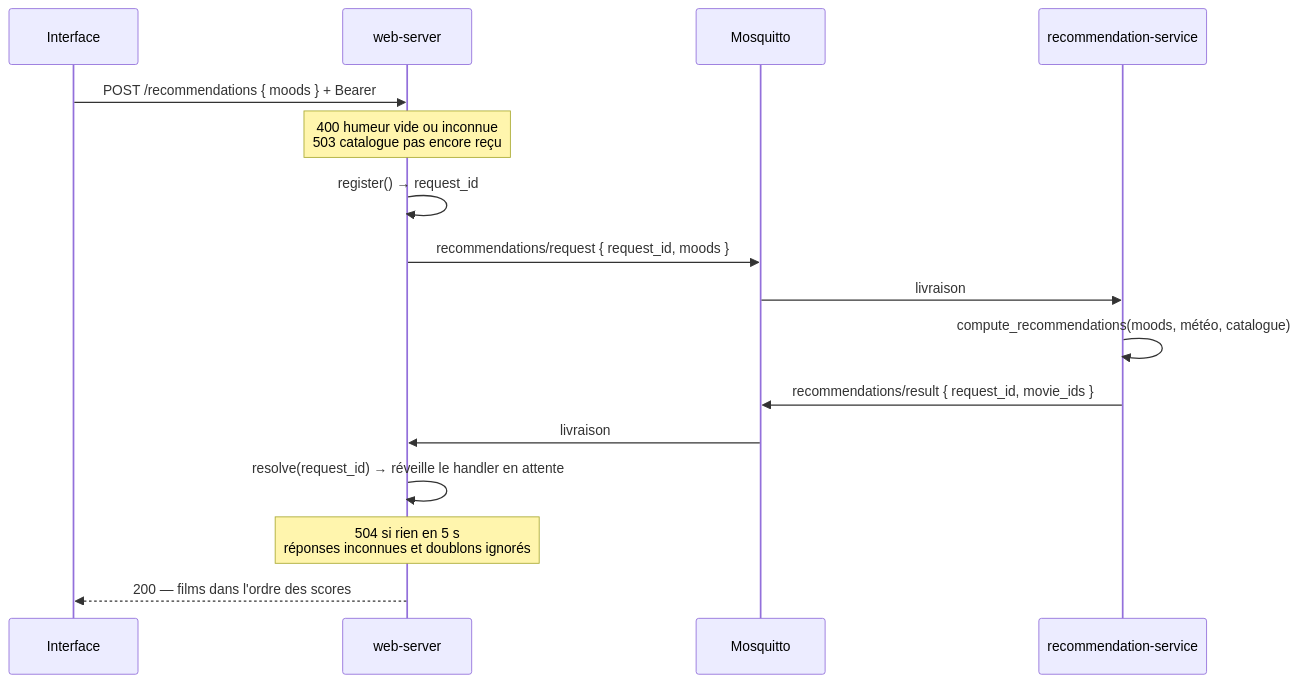
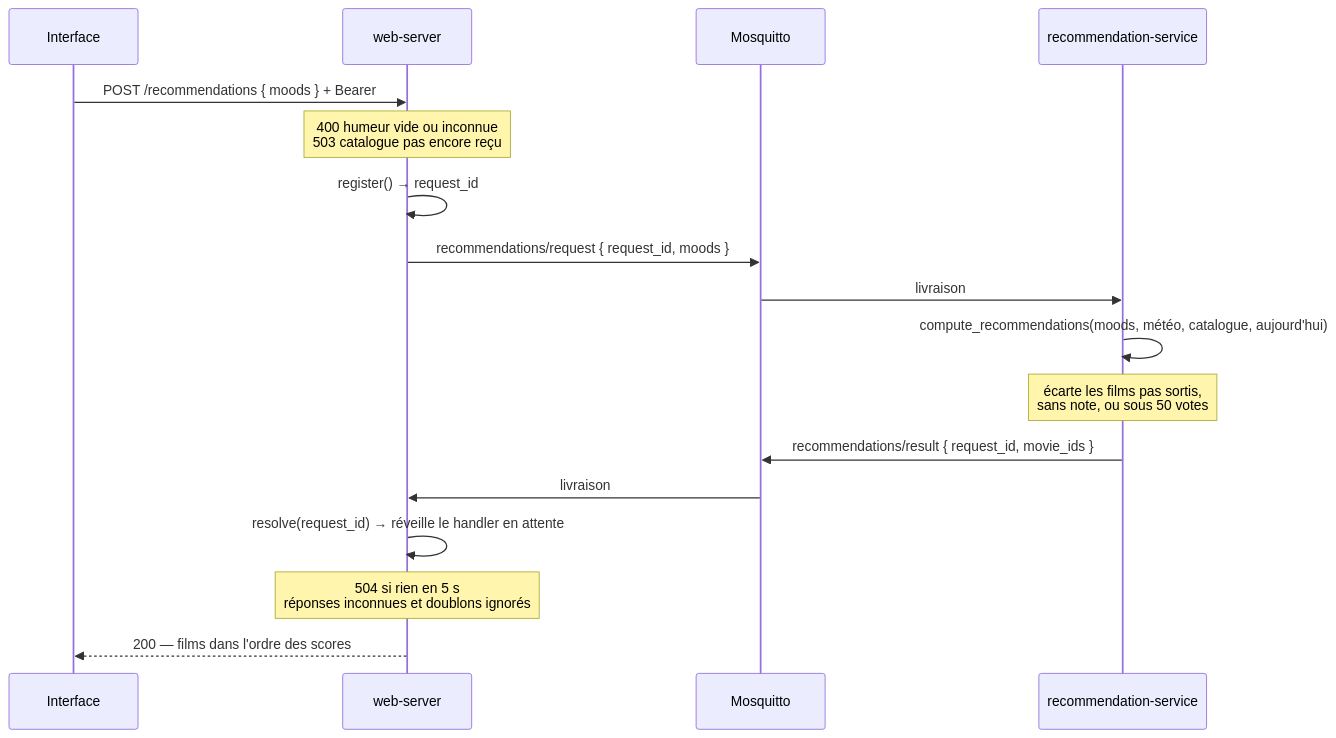
The third of 3 diagrams in docs/architecture.md (AntoineLdn/CineNow), drawn with Mermaid before and after one commit. The commit also changed 2 other files, not shown here.

Commit message:
docs: note nullable, vote_count et règles d'exclusion

````diff
--- a/docs/architecture.md
+++ b/docs/architecture.md
@@ -100,19 +100,20 @@
 ```mermaid
 sequenceDiagram
     participant UI as Interface
     participant WS as web-server
     participant B as Mosquitto
     participant RS as recommendation-service
 
     UI->>WS: POST /recommendations { moods } + Bearer
     Note over WS: 400 humeur vide ou inconnue<br/>503 catalogue pas encore reçu
     WS->>WS: register() → request_id
     WS->>B: recommendations/request { request_id, moods }
     B->>RS: livraison
-    RS->>RS: compute_recommendations(moods, météo, catalogue)
+    RS->>RS: compute_recommendations(moods, météo, catalogue, aujourd'hui)
+    Note over RS: écarte les films pas sortis,<br/>sans note, ou sous 50 votes
     RS->>B: recommendations/result { request_id, movie_ids }
     B->>WS: livraison
     WS->>WS: resolve(request_id) → réveille le handler en attente
     Note over WS: 504 si rien en 5 s<br/>réponses inconnues et doublons ignorés
     WS-->>UI: 200 — films dans l'ordre des scores
 ```
````
